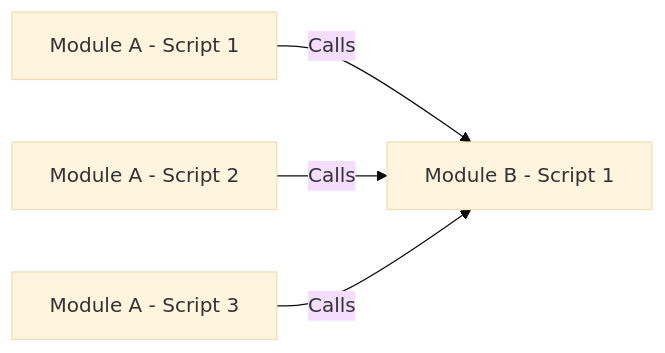
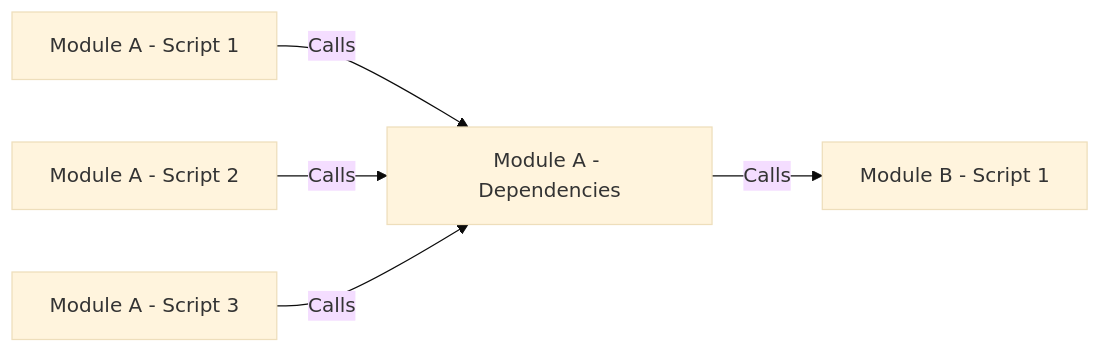
The second of 2 diagrams in Dependencies.md (CloudChi/FX-Framework), drawn with Mermaid (base theme) before and after one commit.

````diff
--- a/Dependencies.md
+++ b/Dependencies.md
@@ -20,6 +20,6 @@
 ```mermaid
 graph LR
-A[Module A - Script 1] -- Calls --> F[Module B - Script 1] 
+A[Module A - Script 1] -- Calls --> F[Module A - Dependencies] -- Calls --> G[Module B - Script 1]
 B[Module A - Script 2] -- Calls --> F
 C[Module A - Script 3] -- Calls --> F
 ```
````
